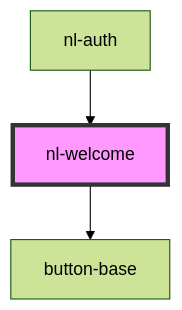
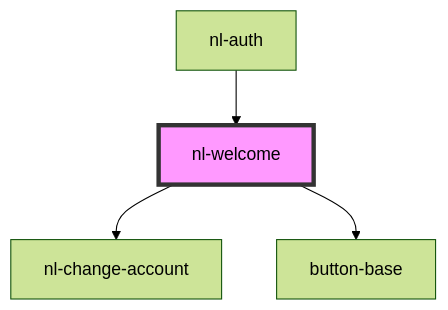
The diagram in packages/components/src/components/nl-welcome/readme.md (nostrband/nostr-login), drawn with Mermaid (forest theme) before and after one commit. The commit also changed other lines of this file and 29 other files, not shown here.

````diff
--- a/packages/components/src/components/nl-welcome/readme.md
+++ b/packages/components/src/components/nl-welcome/readme.md
@@ -35,6 +34,7 @@
 ```mermaid
 graph TD;
+  nl-welcome --> nl-change-account
   nl-welcome --> button-base
   nl-auth --> nl-welcome
   style nl-welcome fill:#f9f,stroke:#333,stroke-width:4px
 ```
````
